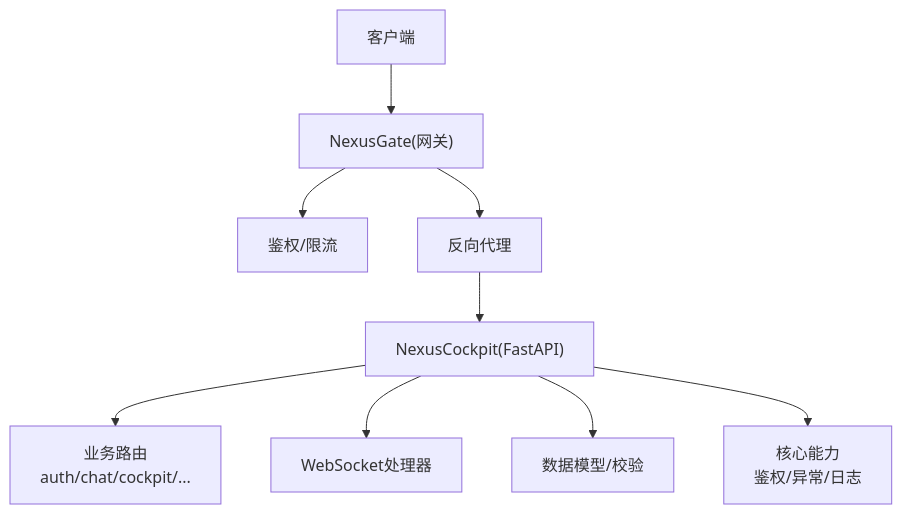
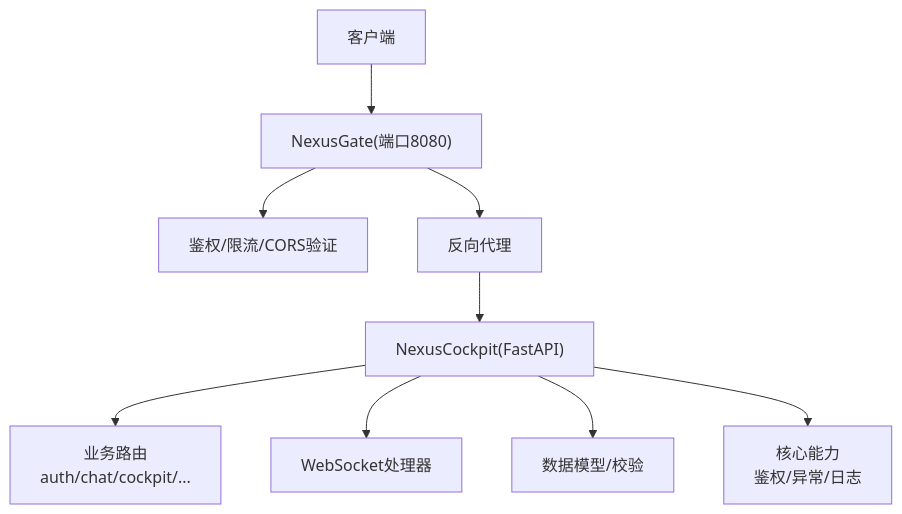
Before and after one commit to zmdhdu/NexusCockpit: the first of 4 diagrams in .qoder/repowiki/zh/content/API接口文档/API接口文档.md, drawn with Mermaid. The commit also changed other lines of this file and 23 other files, not shown here.

````diff
--- a/.qoder/repowiki/zh/content/API接口文档/API接口文档.md
+++ b/.qoder/repowiki/zh/content/API接口文档/API接口文档.md
@@ -48,11 +57,11 @@
 ```mermaid
 graph TB
-Client["客户端"] --> Gateway["NexusGate(网关)"]
-Gateway --> Auth["鉴权/限流"]
+Client["客户端"] --> Gateway["NexusGate(端口8080)"]
+Gateway --> Auth["鉴权/限流/CORS验证"]
 Gateway --> Proxy["反向代理"]
 Proxy --> App["NexusCockpit(FastAPI)"]
 App --> Routes["业务路由<br/>auth/chat/cockpit/..."]
 App --> WS["WebSocket处理器"]
 App --> Models["数据模型/校验"]
 App --> Core["核心能力<br/>鉴权/异常/日志"]
 ```
````
